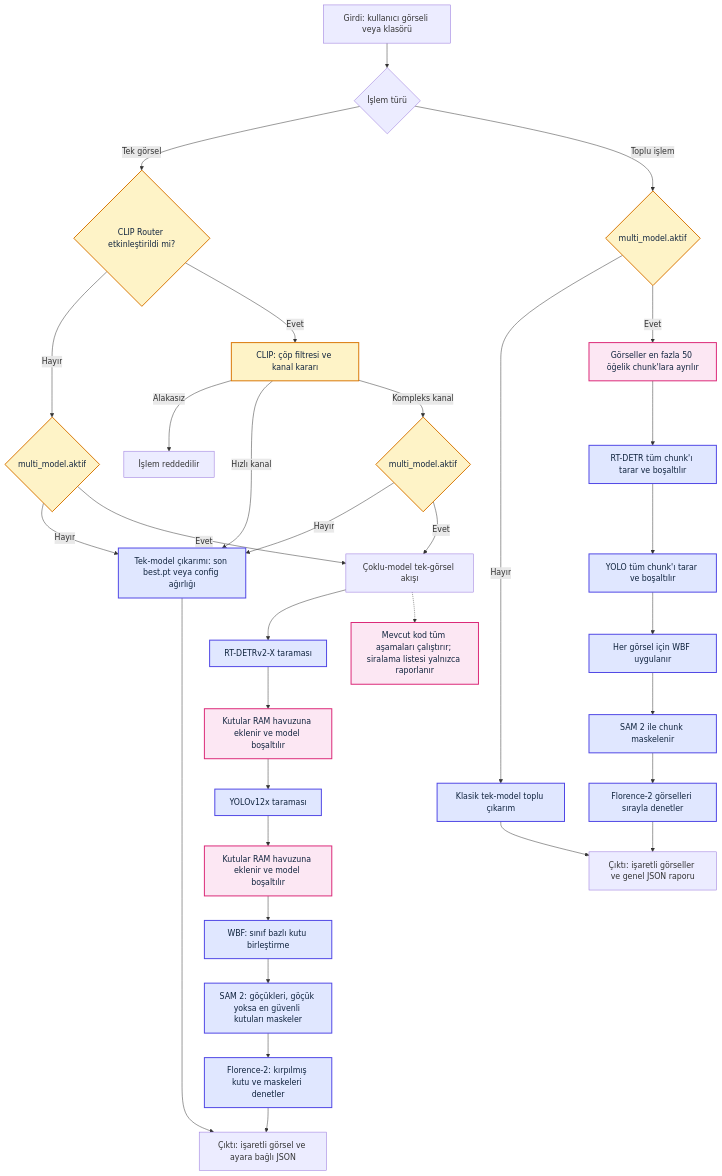
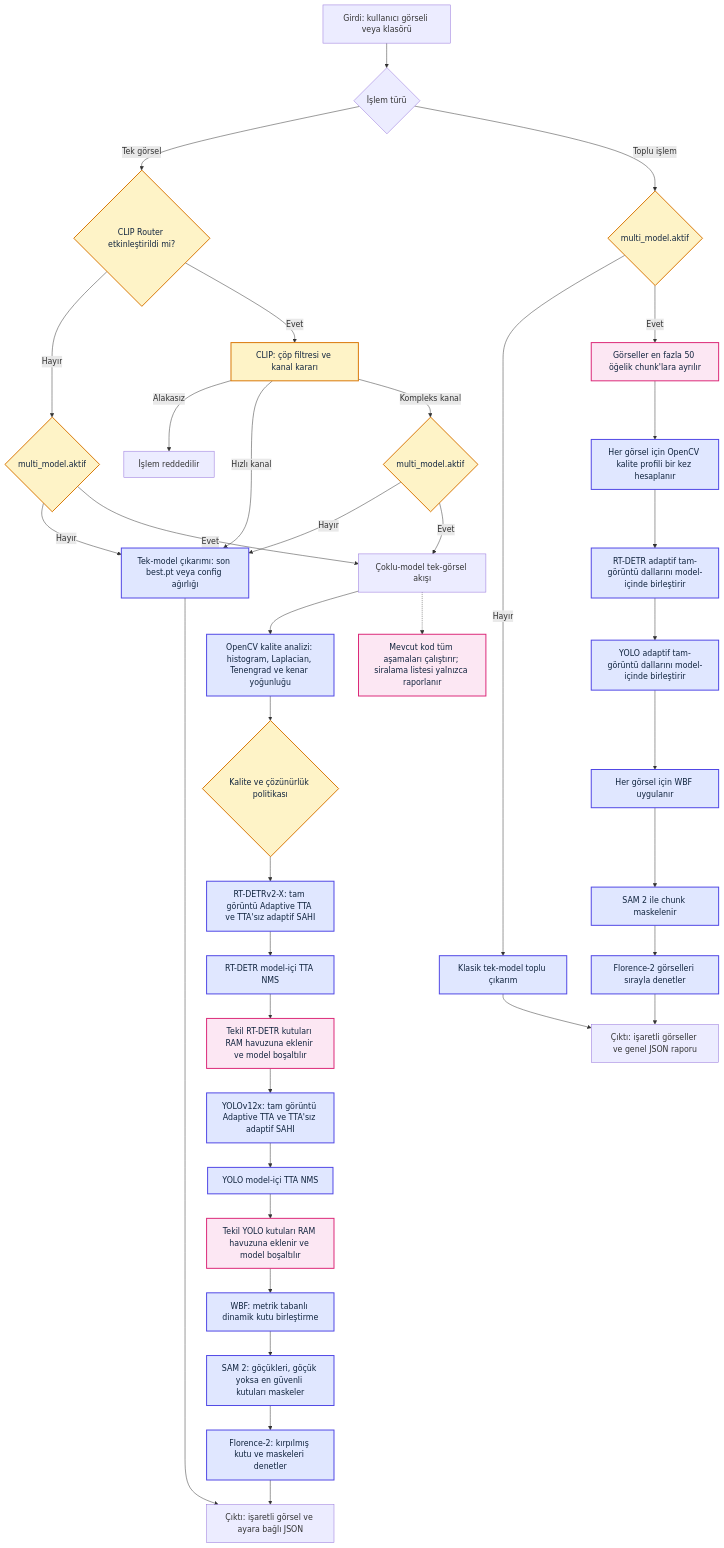
One commit to mecik-arda/hasar-tespit changed the diagram in README.md. Above: the diagram before and after it, drawn with Mermaid. The commit also changed other lines of this file and 13 other files, not shown here.

First line of the commit message:
feat: Adaptif çıkarım ve dinamik füzyon altyapısı eklendi

````diff
--- a/README.md
+++ b/README.md
@@ -571,44 +618,49 @@
 ```mermaid
 flowchart TD
     Input["Girdi: kullanıcı görseli veya klasörü"] --> Mode{"İşlem türü"}
 
     Mode -->|Tek görsel| GatewayChoice{"CLIP Router etkinleştirildi mi?"}
     GatewayChoice -->|Hayır| SingleMulti{"multi_model.aktif"}
     GatewayChoice -->|Evet| CLIP["CLIP: çöp filtresi ve kanal kararı"]
     CLIP -->|Alakasız| Discard["İşlem reddedilir"]
     CLIP -->|Hızlı kanal| Single["Tek-model çıkarımı: son best.pt veya config ağırlığı"]
     CLIP -->|Kompleks kanal| RoutedMulti{"multi_model.aktif"}
     RoutedMulti -->|Hayır| Single
     RoutedMulti -->|Evet| MultiStart["Çoklu-model tek-görsel akışı"]
     SingleMulti -->|Hayır| Single
     SingleMulti -->|Evet| MultiStart
 
-    MultiStart --> RTDETR["RT-DETRv2-X taraması"]
-    RTDETR --> RTUnload["Kutular RAM havuzuna eklenir ve model boşaltılır"]
-    RTUnload --> YOLO["YOLOv12x taraması"]
-    YOLO --> YOLOUnload["Kutular RAM havuzuna eklenir ve model boşaltılır"]
-    YOLOUnload --> WBF["WBF: sınıf bazlı kutu birleştirme"]
+    MultiStart --> Quality["OpenCV kalite analizi: histogram, Laplacian, Tenengrad ve kenar yoğunluğu"]
+    Quality --> Policy{"Kalite ve çözünürlük politikası"}
+    Policy --> RTDETR["RT-DETRv2-X: tam görüntü Adaptive TTA ve TTA'sız adaptif SAHI"]
+    RTDETR --> RTFusion["RT-DETR model-içi TTA NMS"]
+    RTFusion --> RTUnload["Tekil RT-DETR kutuları RAM havuzuna eklenir ve model boşaltılır"]
+    RTUnload --> YOLO["YOLOv12x: tam görüntü Adaptive TTA ve TTA'sız adaptif SAHI"]
+    YOLO --> YOLOFusion["YOLO model-içi TTA NMS"]
+    YOLOFusion --> YOLOUnload["Tekil YOLO kutuları RAM havuzuna eklenir ve model boşaltılır"]
+    YOLOUnload --> WBF["WBF: metrik tabanlı dinamik kutu birleştirme"]
     WBF --> SAM["SAM 2: göçükleri, göçük yoksa en güvenli kutuları maskeler"]
     SAM --> Florence["Florence-2: kırpılmış kutu ve maskeleri denetler"]
     Florence --> SingleOutput["Çıktı: işaretli görsel ve ayara bağlı JSON"]
     Single --> SingleOutput
 
     Mode -->|Toplu işlem| BatchMulti{"multi_model.aktif"}
     BatchMulti -->|Hayır| ClassicBatch["Klasik tek-model toplu çıkarım"]
     BatchMulti -->|Evet| Chunk["Görseller en fazla 50 öğelik chunk'lara ayrılır"]
-    Chunk --> BatchRT["RT-DETR tüm chunk'ı tarar ve boşaltılır"]
-    BatchRT --> BatchYOLO["YOLO tüm chunk'ı tarar ve boşaltılır"]
+    Chunk --> BatchQuality["Her görsel için OpenCV kalite profili bir kez hesaplanır"]
+    BatchQuality --> BatchRT["RT-DETR adaptif tam-görüntü dallarını model-içinde birleştirir"]
+    BatchRT --> BatchYOLO["YOLO adaptif tam-görüntü dallarını model-içinde birleştirir"]
     BatchYOLO --> BatchWBF["Her görsel için WBF uygulanır"]
     BatchWBF --> BatchSAM["SAM 2 ile chunk maskelenir"]
     BatchSAM --> BatchFlorence["Florence-2 görselleri sırayla denetler"]
     BatchFlorence --> BatchOutput["Çıktı: işaretli görseller ve genel JSON raporu"]
     ClassicBatch --> BatchOutput
 
     MultiStart -.-> SequenceNote["Mevcut kod tüm aşamaları çalıştırır; siralama listesi yalnızca raporlanır"]
     classDef routing fill:#fef3c7,stroke:#d97706,stroke-width:2px,color:#10243e
     classDef model fill:#e0e7ff,stroke:#4f46e5,stroke-width:2px,color:#10243e
     classDef memory fill:#fce7f3,stroke:#db2777,stroke-width:2px,color:#10243e
-    class GatewayChoice,CLIP,SingleMulti,RoutedMulti,BatchMulti routing
-    class Single,RTDETR,YOLO,WBF,SAM,Florence,ClassicBatch,BatchRT,BatchYOLO,BatchWBF,BatchSAM,BatchFlorence model
+    class GatewayChoice,CLIP,SingleMulti,RoutedMulti,BatchMulti,Policy routing
+    class Single,Quality,RTDETR,RTFusion,YOLO,YOLOFusion,WBF,SAM,Florence,ClassicBatch,BatchQuality,BatchRT,BatchYOLO,BatchWBF,BatchSAM,BatchFlorence model
     class RTUnload,YOLOUnload,Chunk,SequenceNote memory
 ```
````
